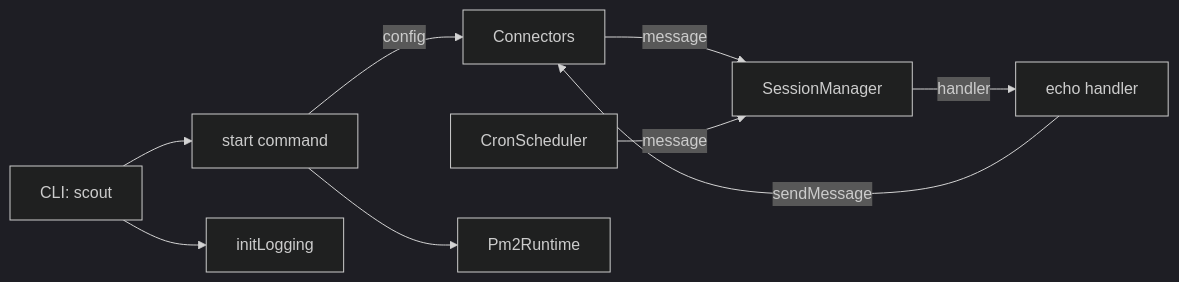
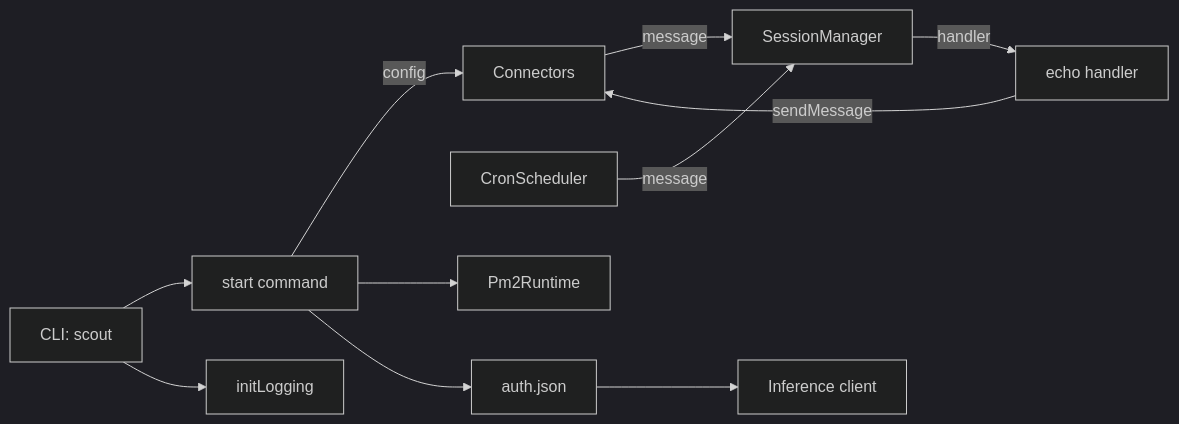
Before and after one commit to ex3ndr/daycare: the diagram in docs/architecture.md, drawn with Mermaid (dark theme). The commit also changed other lines of this file and 20 other files, not shown here.

Commit message:
feat: add auth and inference runtime

````diff
--- a/docs/architecture.md
+++ b/docs/architecture.md
@@ -13,11 +15,13 @@
 ```mermaid
 flowchart LR
   CLI[CLI: scout] --> Start[start command]
   Start -->|config| Connectors
   Connectors -->|message| Sessions[SessionManager]
   Cron[CronScheduler] -->|message| Sessions
   Start --> PM2[Pm2Runtime]
+  Start --> Auth[auth.json]
+  Auth --> Inference[Inference client]
   Sessions -->|handler| Echo[echo handler]
   Echo -->|sendMessage| Connectors
   CLI --> Logging[initLogging]
 ```
````
